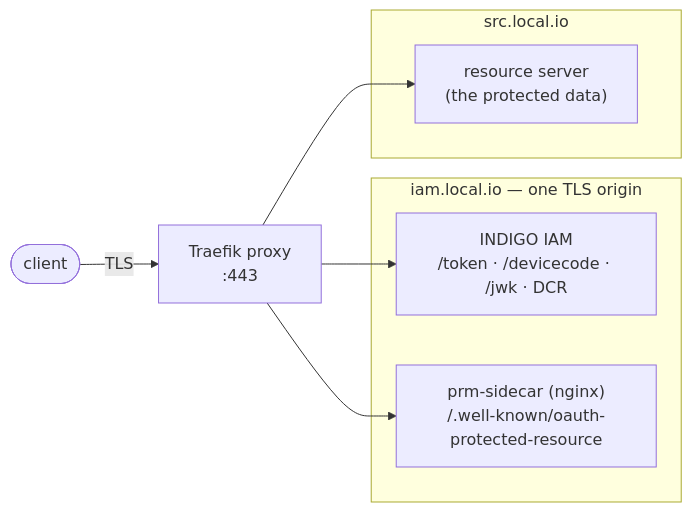
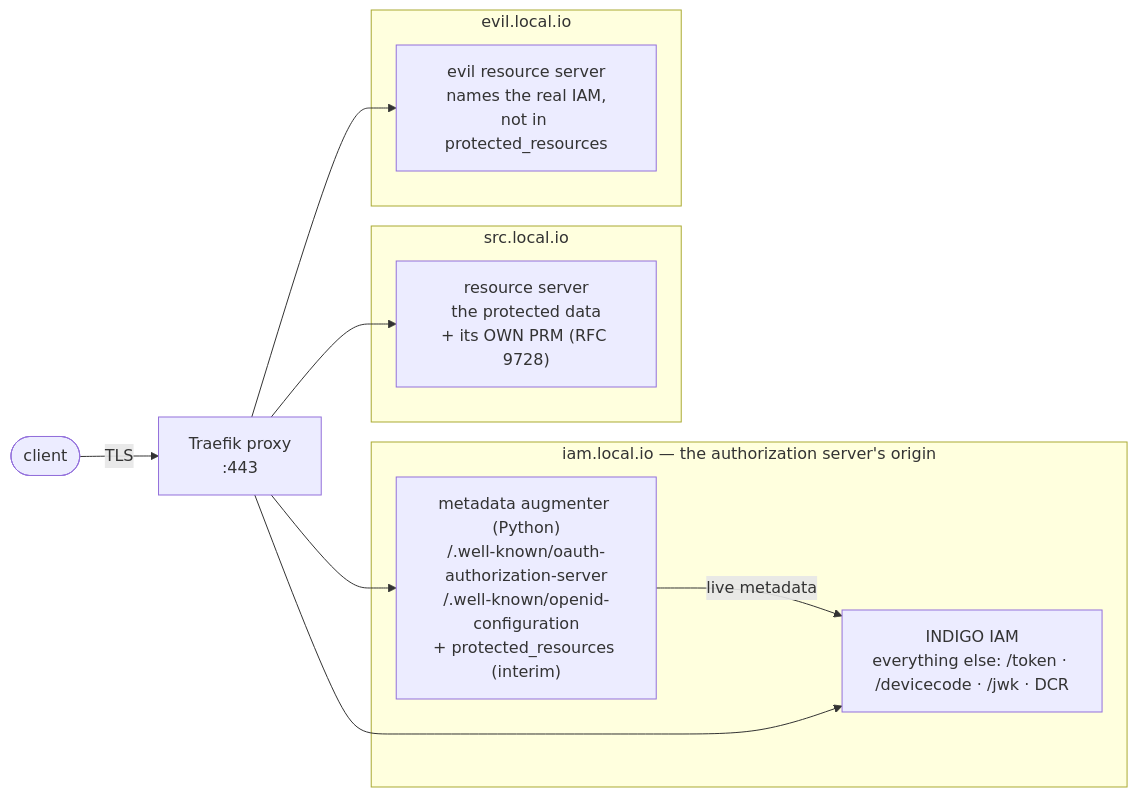
The diagram in README.md (jesusjuansalgado/authvo-clients), drawn with Mermaid before and after one commit. The commit also changed other lines of this file and 3 other files, not shown here.

First line of the commit message:
Docs: README, test-integration/README and CLAUDE.md for the RFC 9728 flow (issue #22)

````diff
--- a/README.md
+++ b/README.md
@@ -83,19 +117,25 @@
 ```mermaid
 flowchart LR
     client(["client"])
     proxy["Traefik proxy<br/>:443"]
     client -->|TLS| proxy
 
-    subgraph iamOrigin["iam.local.io — one TLS origin"]
-        iam["INDIGO IAM<br/>/token · /devicecode · /jwk · DCR"]
-        sidecar["prm-sidecar (nginx)<br/>/.well-known/oauth-protected-resource"]
+    subgraph iamOrigin["iam.local.io — the authorization server's origin"]
+        aug["metadata augmenter (Python)<br/>/.well-known/oauth-authorization-server<br/>/.well-known/openid-configuration<br/>+ protected_resources (interim)"]
+        iam["INDIGO IAM<br/>everything else: /token · /devicecode · /jwk · DCR"]
+        aug -->|"live metadata"| iam
     end
 
     subgraph srcOrigin["src.local.io"]
-        rs["resource server<br/>(the protected data)"]
+        rs["resource server<br/>the protected data<br/>+ its OWN PRM (RFC 9728)"]
     end
 
+    subgraph evilOrigin["evil.local.io"]
+        evil["evil resource server<br/>names the real IAM,<br/>not in protected_resources"]
+    end
+
+    proxy --> aug
     proxy --> iam
-    proxy --> sidecar
     proxy --> rs
+    proxy --> evil
 ```
````
